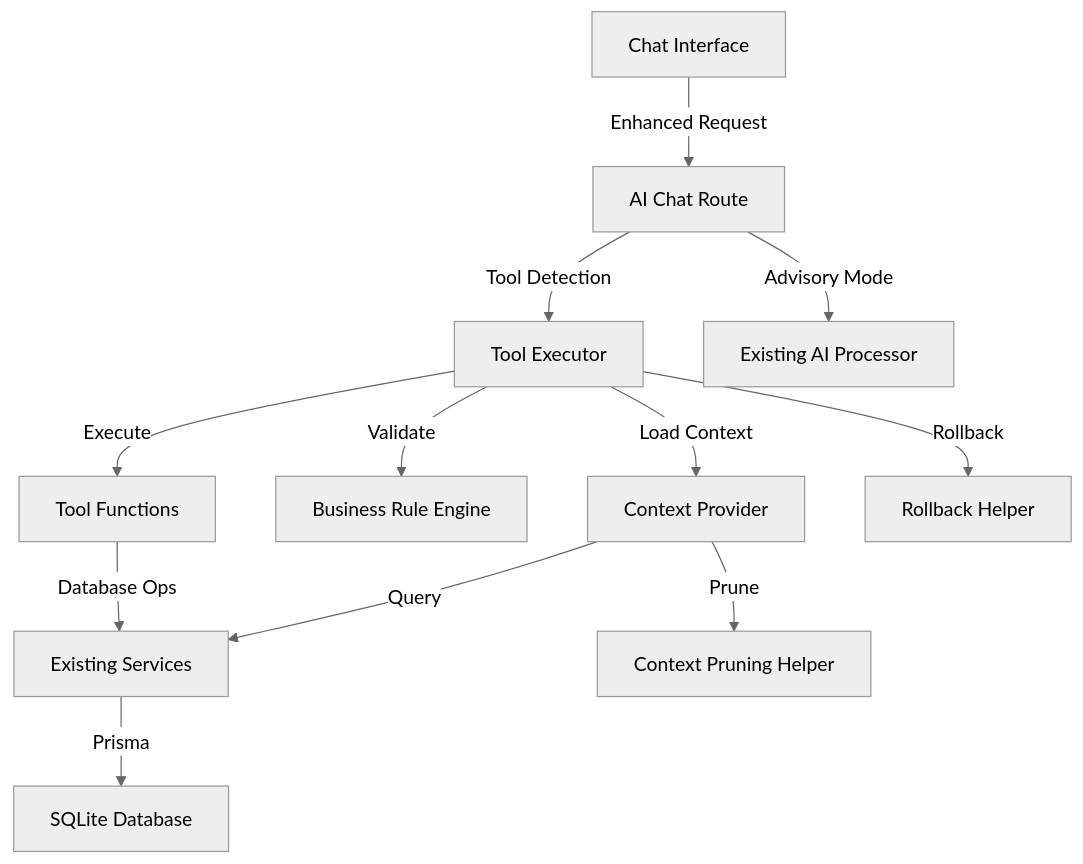
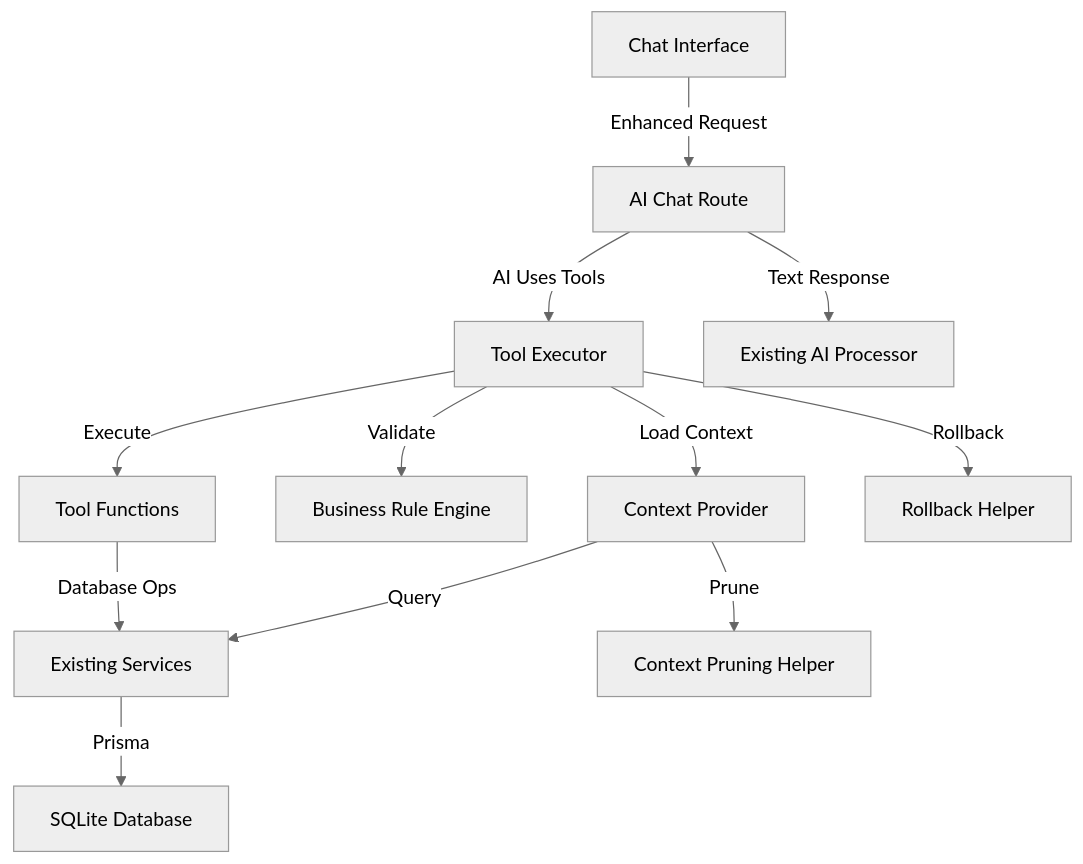
Before and after one commit to zanganeh/catalyst-studio: the diagram in docs/epic-5-architecture.md, drawn with Mermaid (neutral theme). The commit also changed other lines of this file and 4 other files, not shown here.

````diff
--- a/docs/epic-5-architecture.md
+++ b/docs/epic-5-architecture.md
@@ -252,14 +252,14 @@
 ```mermaid
 graph TD
     A[Chat Interface] -->|Enhanced Request| B[AI Chat Route]
-    B -->|Tool Detection| C[Tool Executor]
+    B -->|AI Uses Tools| C[Tool Executor]
     C -->|Load Context| D[Context Provider]
     D -->|Query| E[Existing Services]
     C -->|Validate| F[Business Rule Engine]
     C -->|Execute| G[Tool Functions]
     G -->|Database Ops| E
-    B -->|Advisory Mode| H[Existing AI Processor]
+    B -->|Text Response| H[Existing AI Processor]
     E -->|Prisma| I[SQLite Database]
     D -->|Prune| J[Context Pruning Helper]
     C -->|Rollback| K[Rollback Helper]
 ```
````
